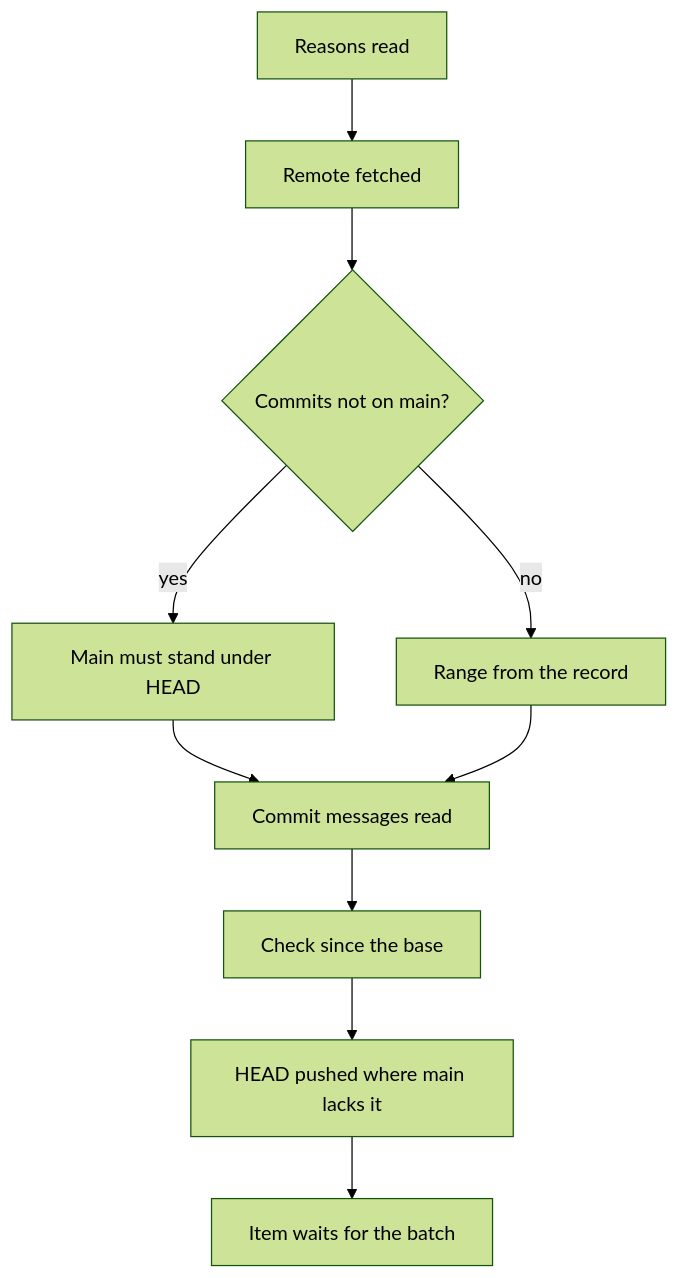
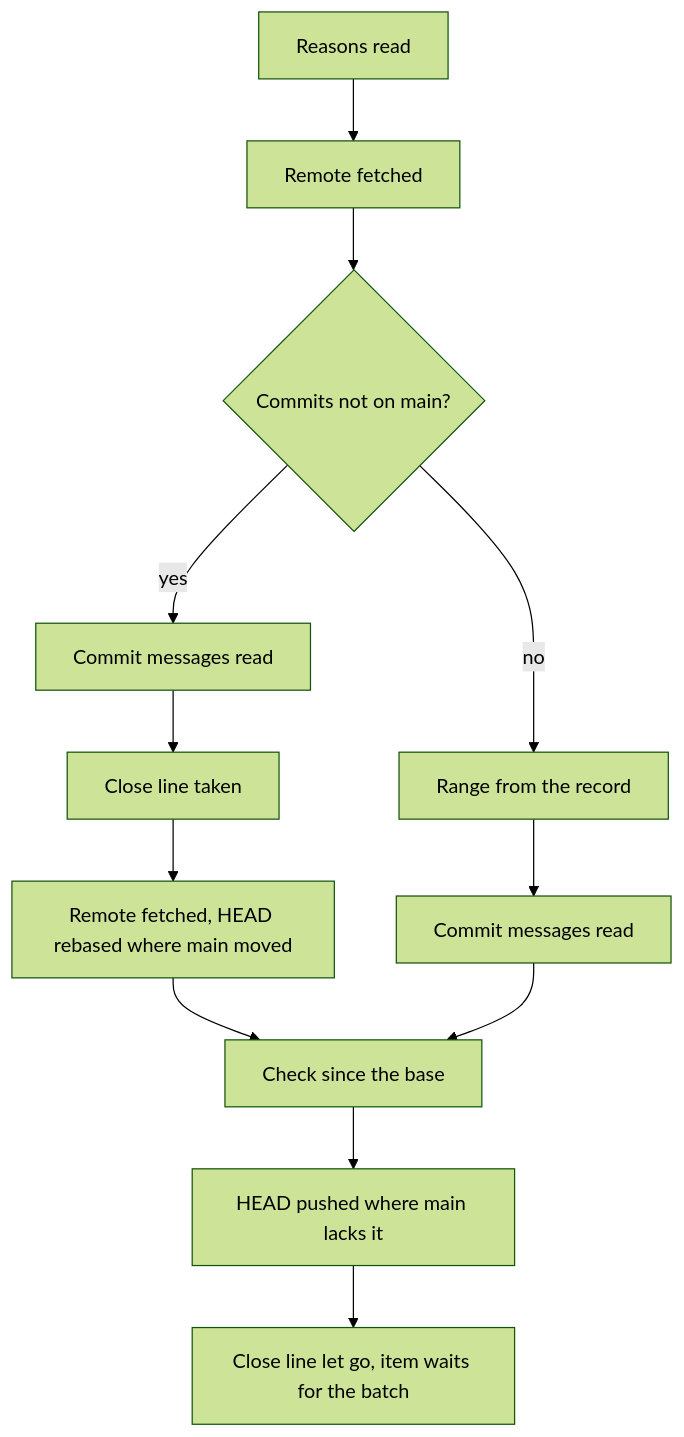
Before and after one commit to ahas/bmo-job: the first of 2 diagrams in docs/cli.md, drawn with Mermaid (forest theme). The commit also changed other lines of this file and 5 other files, not shown here.

First line of the commit message:
Stand every close in its repository's close line and rebase inside it

````diff
--- a/docs/cli.md
+++ b/docs/cli.md
@@ -33,12 +33,14 @@
 ```mermaid
 flowchart TD
   A[Reasons read] --> B[Remote fetched]
   B --> C{Commits not on main?}
-  C -- yes --> D[Main must stand under HEAD]
+  C -- yes --> D[Commit messages read]
   C -- no --> E[Range from the record]
-  D --> F[Commit messages read]
-  E --> F
-  F --> G[Check since the base]
+  E --> F[Commit messages read]
+  D --> L[Close line taken]
+  L --> R[Remote fetched, HEAD rebased where main moved]
+  R --> G[Check since the base]
+  F --> G
   G --> H[HEAD pushed where main lacks it]
-  H --> I[Item waits for the batch]
+  H --> I[Close line let go, item waits for the batch]
 ```
````
